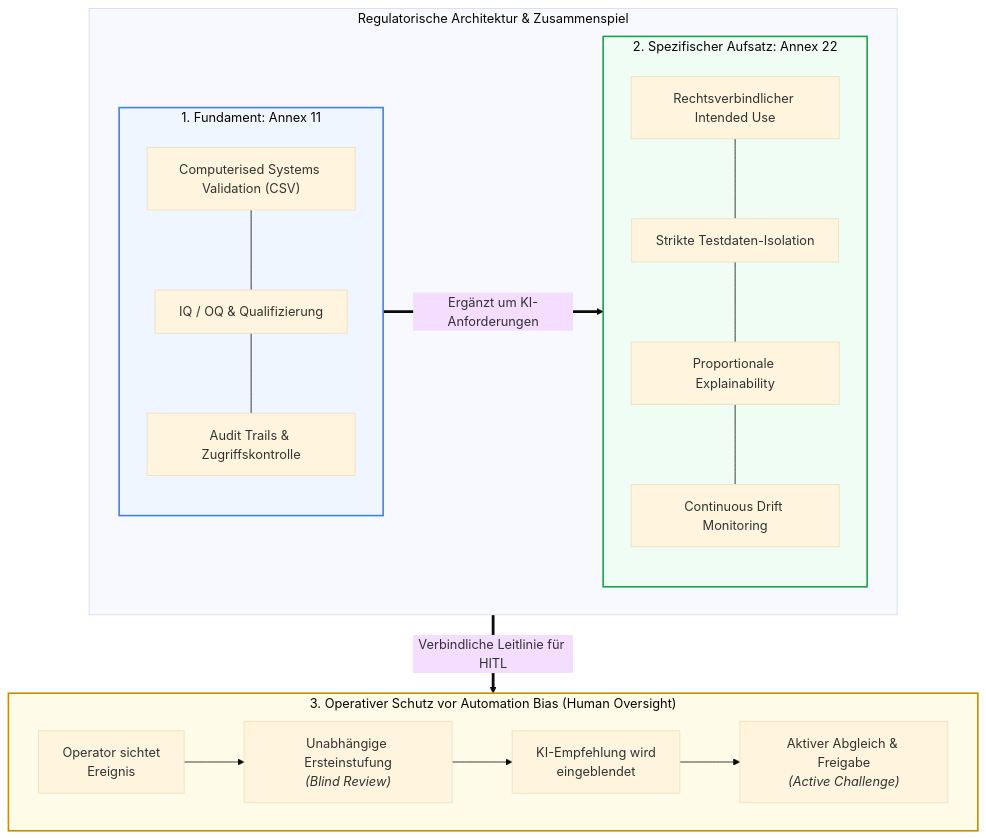
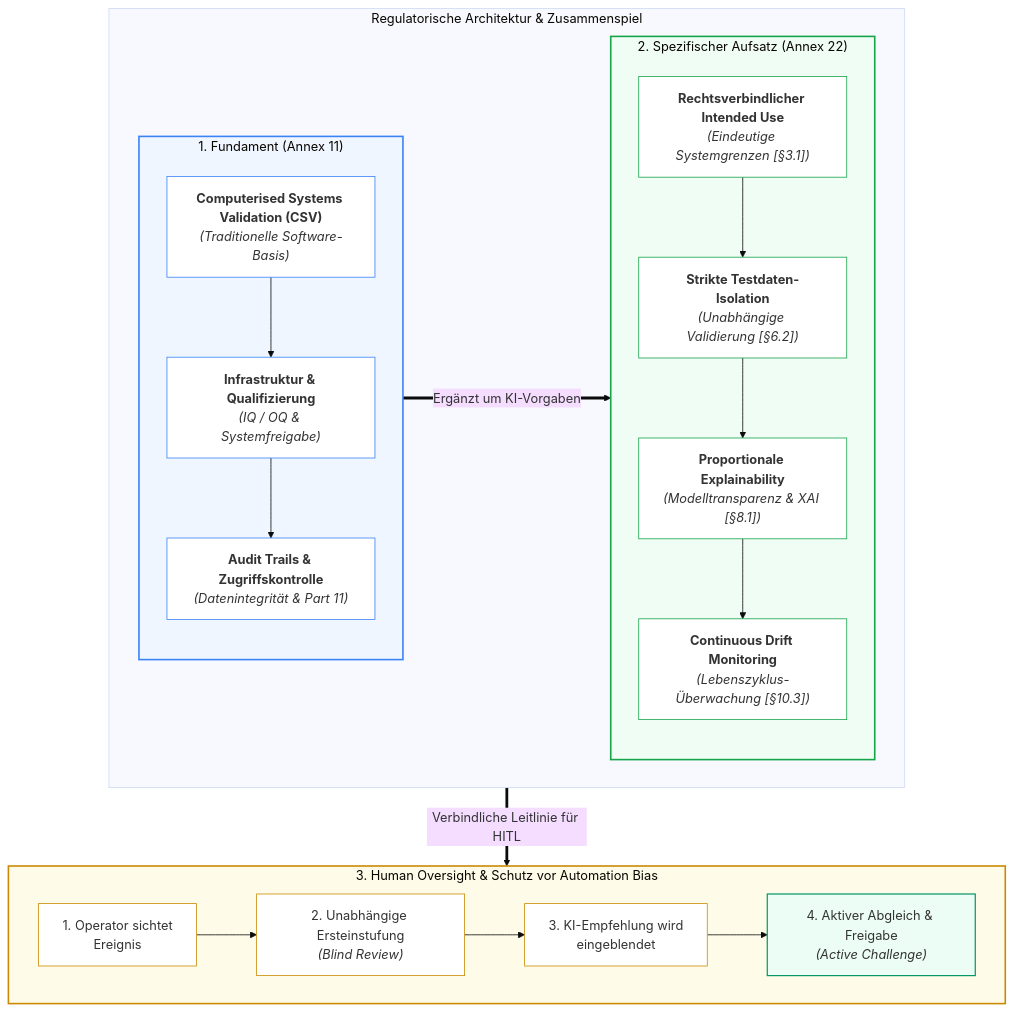
Before and after one commit to Lunaman06/Annex22: the diagram in docs/de/module_02_overview_annex_22.md, drawn with Mermaid (base theme). The commit also changed 10 other files, not shown here.

Commit message:
fix(ui,docs): add overview TOC box, style executive summary, clean hero & add directional mermaid arrows

````diff
--- a/docs/de/module_02_overview_annex_22.md
+++ b/docs/de/module_02_overview_annex_22.md
@@ -13,37 +13,48 @@
 ```mermaid
 flowchart TD
     subgraph RegArchitecture["Regulatorische Architektur & Zusammenspiel"]
         direction LR
-        subgraph Foundation["1. Fundament: Annex 11"]
+        subgraph Foundation["1. Fundament (Annex 11)"]
             direction TB
-            F1["Computerised Systems Validation (CSV)"]
-            F2["IQ / OQ & Qualifizierung"]
-            F3["Audit Trails & Zugriffskontrolle"]
-            F1 --- F2 --- F3
+            F1["<b>Computerised Systems Validation (CSV)</b><br/><i>(Traditionelle Software-Basis)</i>"]
+            F2["<b>Infrastruktur & Qualifizierung</b><br/><i>(IQ / OQ & Systemfreigabe)</i>"]
+            F3["<b>Audit Trails & Zugriffskontrolle</b><br/><i>(Datenintegrität & Part 11)</i>"]
+            F1 --> F2 --> F3
         end
 
-        subgraph Annex22["2. Spezifischer Aufsatz: Annex 22"]
+        subgraph Annex22["2. Spezifischer Aufsatz (Annex 22)"]
             direction TB
-            A1["Rechtsverbindlicher Intended Use"]
-            A2["Strikte Testdaten-Isolation"]
-            A3["Proportionale Explainability"]
-            A4["Continuous Drift Monitoring"]
-            A1 --- A2 --- A3 --- A4
+            A1["<b>Rechtsverbindlicher Intended Use</b><br/><i>(Eindeutige Systemgrenzen [§3.1])</i>"]
+            A2["<b>Strikte Testdaten-Isolation</b><br/><i>(Unabhängige Validierung [§6.2])</i>"]
+            A3["<b>Proportionale Explainability</b><br/><i>(Modelltransparenz & XAI [§8.1])</i>"]
+            A4["<b>Continuous Drift Monitoring</b><br/><i>(Lebenszyklus-Überwachung [§10.3])</i>"]
+            A1 --> A2 --> A3 --> A4
         end
 
-        Foundation ==>|"Ergänzt um KI-Anforderungen"| Annex22
+        Foundation ==>|"Ergänzt um KI-Vorgaben"| Annex22
     end
 
-    subgraph ChallengeLoop["3. Operativer Schutz vor Automation Bias (Human Oversight)"]
+    subgraph ChallengeLoop["3. Human Oversight & Schutz vor Automation Bias"]
         direction LR
-        C1["Operator sichtet<br/>Ereignis"] --> C2["Unabhängige Ersteinstufung<br/><i>(Blind Review)</i>"]
-        C2 --> C3["KI-Empfehlung wird<br/>eingeblendet"]
-        C3 --> C4["Aktiver Abgleich & Freigabe<br/><i>(Active Challenge)</i>"]
+        C1["1. Operator sichtet<br/>Ereignis"] --> C2["2. Unabhängige Ersteinstufung<br/><i>(Blind Review)</i>"]
+        C2 --> C3["3. KI-Empfehlung wird<br/>eingeblendet"]
+        C3 --> C4["4. Aktiver Abgleich & Freigabe<br/><i>(Active Challenge)</i>"]
     end
 
     RegArchitecture ==>|"Verbindliche Leitlinie für HITL"| ChallengeLoop
 
     style Foundation fill:#eff6ff,stroke:#3b82f6,stroke-width:2px
     style Annex22 fill:#f0fdf4,stroke:#16a34a,stroke-width:2px
     style ChallengeLoop fill:#fefce8,stroke:#ca8a04,stroke-width:2px
+    style F1 fill:#ffffff,stroke:#3b82f6,stroke-width:1px
+    style F2 fill:#ffffff,stroke:#3b82f6,stroke-width:1px
+    style F3 fill:#ffffff,stroke:#3b82f6,stroke-width:1px
+    style A1 fill:#ffffff,stroke:#16a34a,stroke-width:1px
+    style A2 fill:#ffffff,stroke:#16a34a,stroke-width:1px
+    style A3 fill:#ffffff,stroke:#16a34a,stroke-width:1px
+    style A4 fill:#ffffff,stroke:#16a34a,stroke-width:1px
+    style C1 fill:#ffffff,stroke:#ca8a04,stroke-width:1px
+    style C2 fill:#ffffff,stroke:#ca8a04,stroke-width:1px
+    style C3 fill:#ffffff,stroke:#ca8a04,stroke-width:1px
+    style C4 fill:#ecfdf5,stroke:#059669,stroke-width:1.5px
 ```
````
